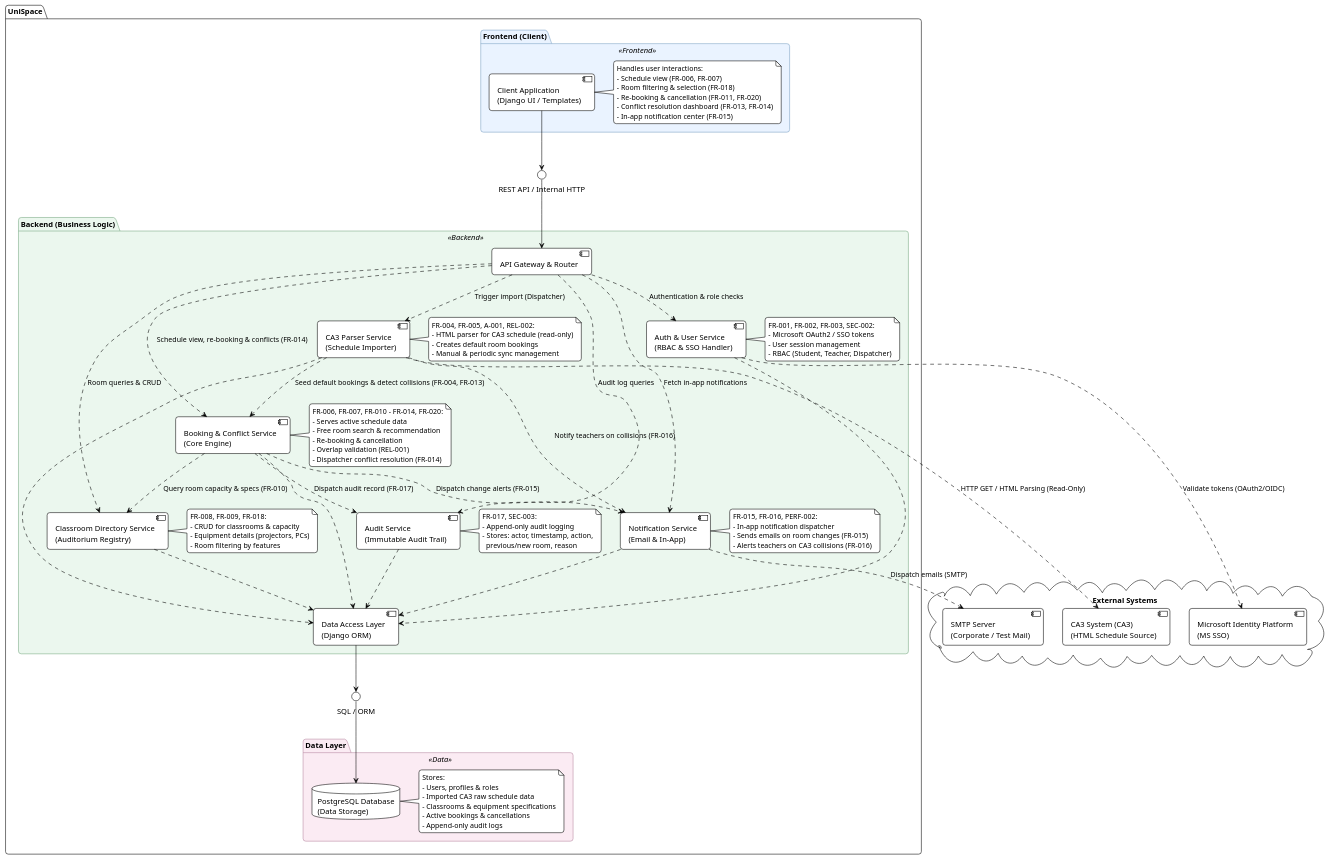
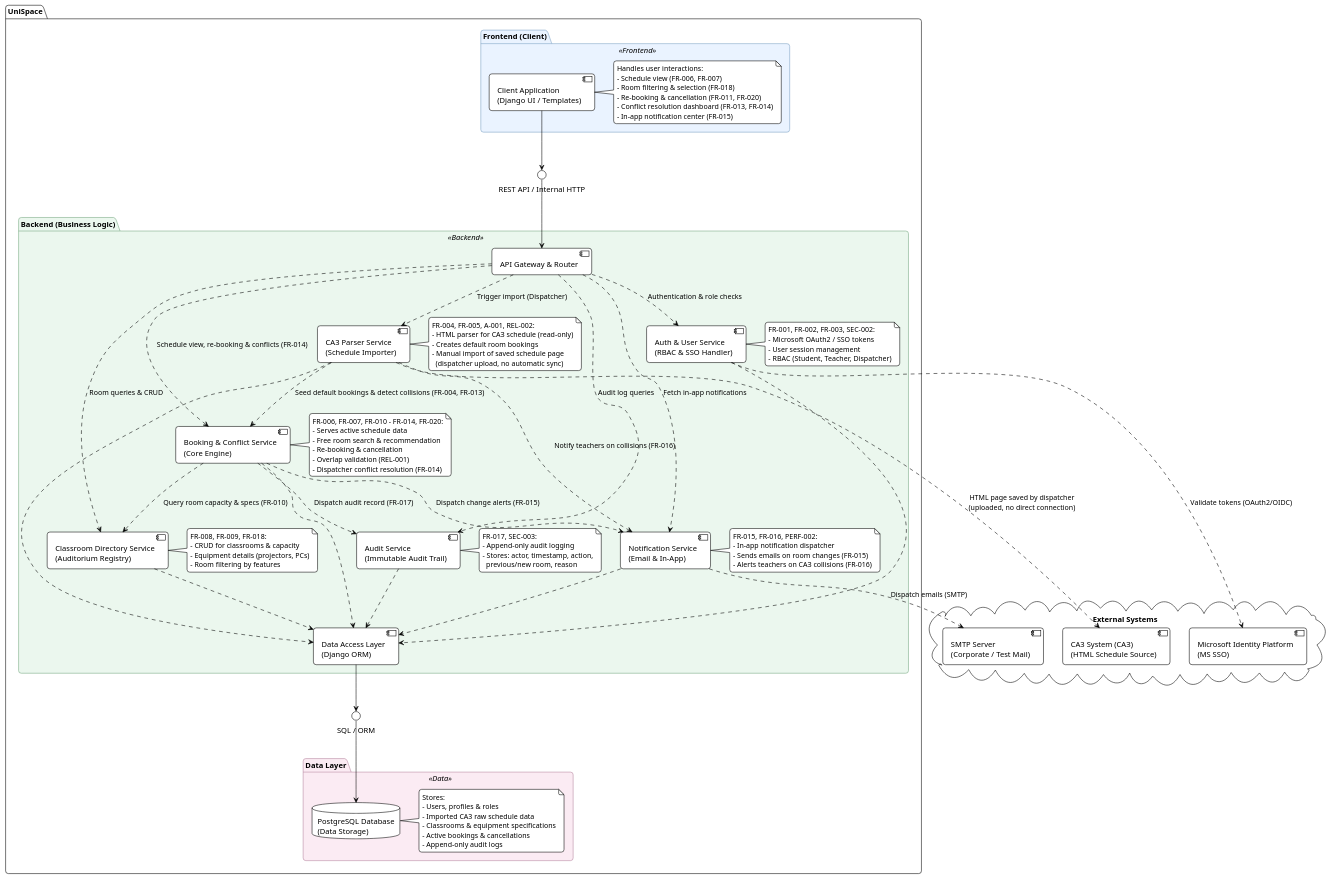
Before and after one commit to ukma-fin-ssdm-2026/unispace: the diagram in docs/architecture/uml/component_diagram.puml, drawn with PlantUML. The commit also changed 9 other files, not shown here.

Commit message:
docs: describe SAZ import as manual page upload instead of automatic sync

```diff
--- a/docs/architecture/uml/component_diagram.puml
+++ b/docs/architecture/uml/component_diagram.puml
@@ -1,141 +1,142 @@
 @startuml
 !theme plain
 skinparam componentStyle uml2
 skinparam roundCorner 10
 
 skinparam package<<Frontend>> {
     BackgroundColor #EAF3FF
     BorderColor #7A9EC2
 }
 skinparam package<<Backend>> {
     BackgroundColor #EBF7EE
     BorderColor #76A880
 }
 skinparam package<<Data>> {
     BackgroundColor #FBEBF3
     BorderColor #B5849E
 }
 
 package "UniSpace" {
 
     package "Frontend (Client)" <<Frontend>> {
         [Client Application\n(Django UI / Templates)] as Client
         note right of Client
             Handles user interactions:
             - Schedule view (FR-006, FR-007)
             - Room filtering & selection (FR-018)
             - Re-booking & cancellation (FR-011, FR-020)
             - Conflict resolution dashboard (FR-013, FR-014)
             - In-app notification center (FR-015)
         end note
     }
 
     interface "REST API / Internal HTTP" as REST_API
 
     package "Backend (Business Logic)" <<Backend>> {
         [API Gateway & Router] as Gateway
 
         [Auth & User Service\n(RBAC & SSO Handler)] as AuthService
         note right of AuthService
             FR-001, FR-002, FR-003, SEC-002:
             - Microsoft OAuth2 / SSO tokens
             - User session management
             - RBAC (Student, Teacher, Dispatcher)
         end note
 
         [CA3 Parser Service\n(Schedule Importer)] as SyncService
         note right of SyncService
             FR-004, FR-005, A-001, REL-002:
             - HTML parser for САЗ schedule (read-only)
             - Creates default room bookings
-            - Manual & periodic sync management
+            - Manual import of saved schedule page
+              (dispatcher upload, no automatic sync)
         end note
 
         [Classroom Directory Service\n(Auditorium Registry)] as RoomService
         note right of RoomService
             FR-008, FR-009, FR-018:
             - CRUD for classrooms & capacity
             - Equipment details (projectors, PCs)
             - Room filtering by features
         end note
 
         [Booking & Conflict Service\n(Core Engine)] as BookingService
         note right of BookingService
             FR-006, FR-007, FR-010 - FR-014, FR-020:
             - Serves active schedule data
             - Free room search & recommendation
             - Re-booking & cancellation
             - Overlap validation (REL-001)
             - Dispatcher conflict resolution (FR-014)
         end note
 
         [Notification Service\n(Email & In-App)] as NotificationService
         note right of NotificationService
             FR-015, FR-016, PERF-002:
             - In-app notification dispatcher
             - Sends emails on room changes (FR-015)
             - Alerts teachers on САЗ collisions (FR-016)
         end note
 
         [Audit Service\n(Immutable Audit Trail)] as AuditService
         note right of AuditService
             FR-017, SEC-003:
             - Append-only audit logging
             - Stores: actor, timestamp, action,
               previous/new room, reason
         end note
 
         [Data Access Layer\n(Django ORM)] as DAL
     }
 
     interface "SQL / ORM" as SQL_Interface
 
     package "Data Layer" <<Data>> {
         database "PostgreSQL Database\n(Data Storage)" as DB
         note right of DB
             Stores:
             - Users, profiles & roles
             - Imported CA3 raw schedule data
             - Classrooms & equipment specifications
             - Active bookings & cancellations
             - Append-only audit logs
         end note
     }
 }
 
 cloud "External Systems" {
     [CA3 System (САЗ)\n(HTML Schedule Source)] as CA3
     [Microsoft Identity Platform\n(MS SSO)] as MSSO
     [SMTP Server\n(Corporate / Test Mail)] as SMTP
 }
 
 Client --> REST_API
 REST_API --> Gateway
 
 Gateway ..> AuthService : Authentication & role checks
 Gateway ..> RoomService : Room queries & CRUD
 Gateway ..> BookingService : Schedule view, re-booking & conflicts (FR-014)
 Gateway ..> SyncService : Trigger import (Dispatcher)
 Gateway ..> AuditService : Audit log queries
 Gateway ..> NotificationService : Fetch in-app notifications
 
 BookingService ..> RoomService : Query room capacity & specs (FR-010)
 BookingService ..> NotificationService : Dispatch change alerts (FR-015)
 BookingService ..> AuditService : Dispatch audit record (FR-017)
 SyncService ..> BookingService : Seed default bookings & detect collisions (FR-004, FR-013)
 SyncService ..> NotificationService : Notify teachers on collisions (FR-016)
 
 AuthService ..> DAL
 SyncService ..> DAL
 RoomService ..> DAL
 BookingService ..> DAL
 AuditService ..> DAL
 NotificationService ..> DAL
 
 DAL --> SQL_Interface
 SQL_Interface --> DB
 
 AuthService ..> MSSO : Validate tokens (OAuth2/OIDC)
-SyncService ..> CA3 : HTTP GET / HTML Parsing (Read-Only)
+SyncService ..> CA3 : HTML page saved by dispatcher\n(uploaded, no direct connection)
 NotificationService ..> SMTP : Dispatch emails (SMTP)
 @enduml
```
